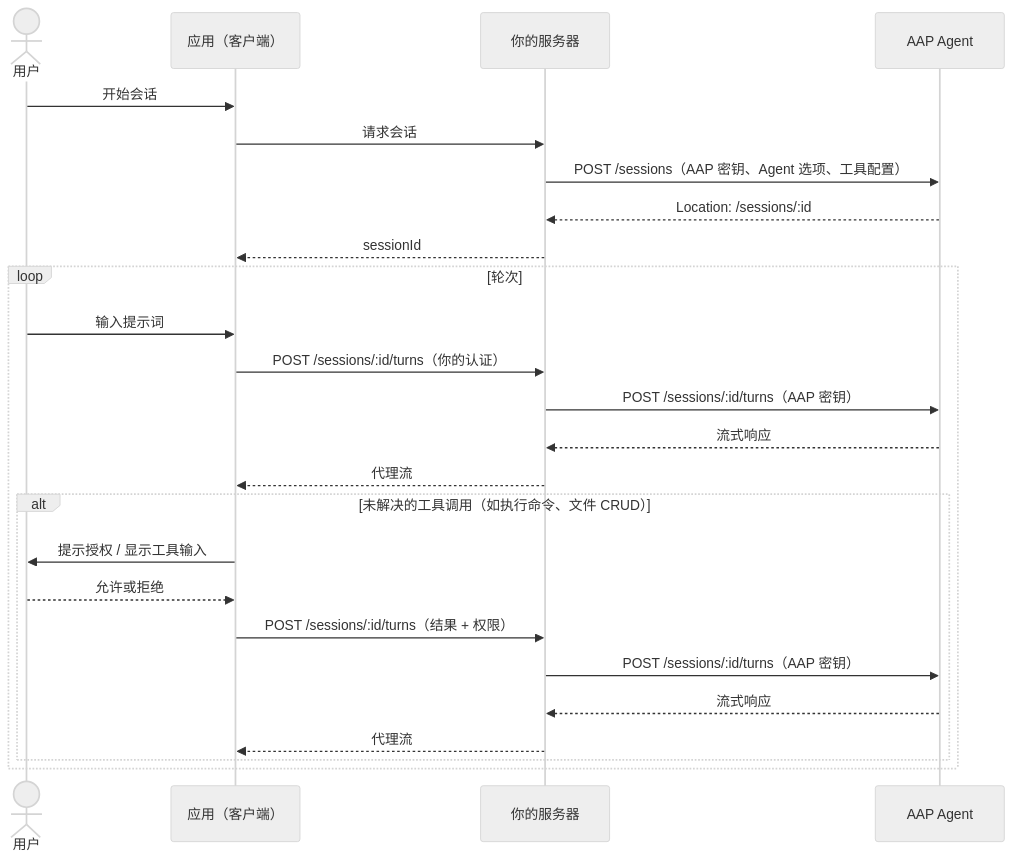
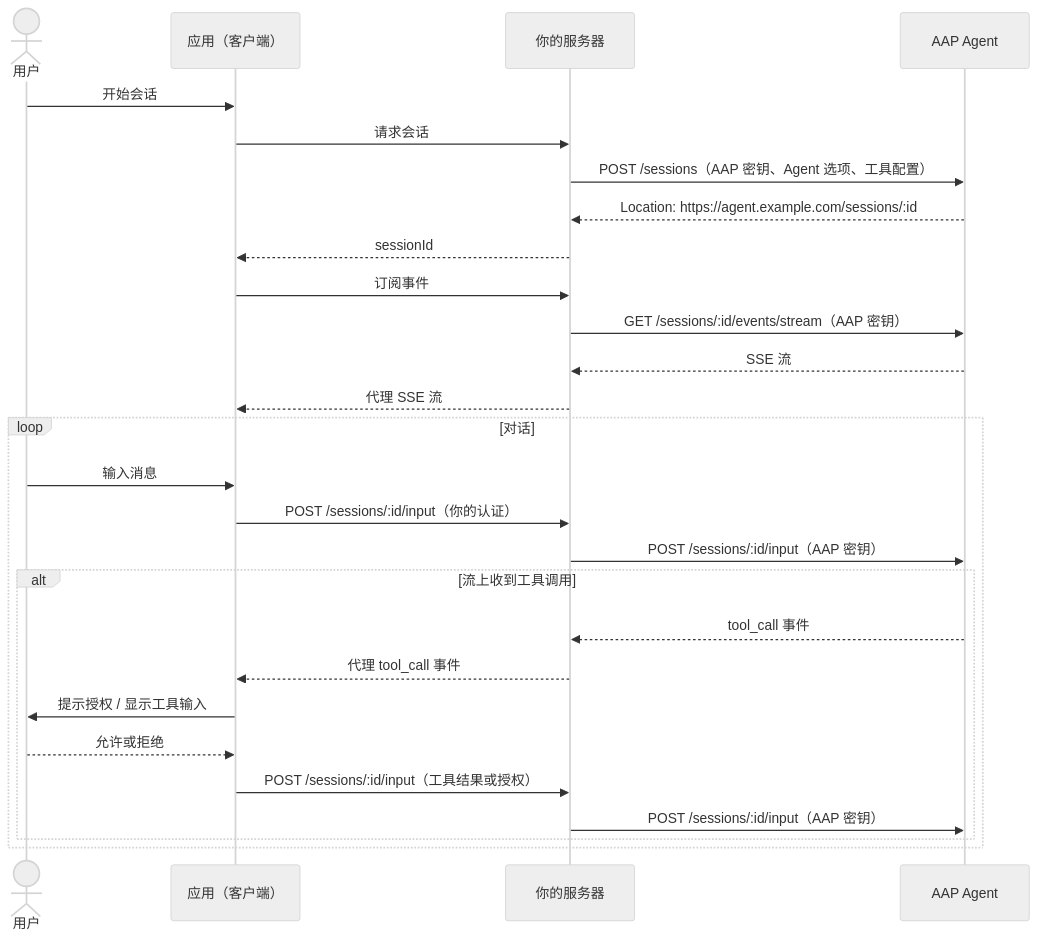
Before and after one commit to agentapplicationprotocol/agent-application-protocol: the diagram in docs/zh/build-a-managed-app.md, drawn with Mermaid (neutral theme). The commit also changed other lines of this file and 27 other files, not shown here.

````diff
--- a/docs/zh/build-a-managed-app.md
+++ b/docs/zh/build-a-managed-app.md
@@ -46,28 +47,33 @@
 ```mermaid
 sequenceDiagram
     actor User as 用户
     participant App as 应用（客户端）
     participant Server as 你的服务器
     participant Agent as AAP Agent
 
     User->>App: 开始会话
     App->>Server: 请求会话
     Server->>Agent: POST /sessions（AAP 密钥、Agent 选项、工具配置）
-    Agent-->>Server: Location: /sessions/:id
+    Agent-->>Server: Location: https://agent.example.com/sessions/:id
     Server-->>App: sessionId
-    loop 轮次
-        User->>App: 输入提示词
-        App->>Server: POST /sessions/:id/turns（你的认证）
-        Server->>Agent: POST /sessions/:id/turns（AAP 密钥）
-        Agent-->>Server: 流式响应
-        Server-->>App: 代理流
-        alt 未解决的工具调用（如执行命令、文件 CRUD）
+
+    App->>Server: 订阅事件
+    Server->>Agent: GET /sessions/:id/events/stream（AAP 密钥）
+    Agent-->>Server: SSE 流
+    Server-->>App: 代理 SSE 流
+
+    loop 对话
+        User->>App: 输入消息
+        App->>Server: POST /sessions/:id/input（你的认证）
+        Server->>Agent: POST /sessions/:id/input（AAP 密钥）
+
+        alt 流上收到工具调用
+            Agent-->>Server: tool_call 事件
+            Server-->>App: 代理 tool_call 事件
             App->>User: 提示授权 / 显示工具输入
             User-->>App: 允许或拒绝
-            App->>Server: POST /sessions/:id/turns（结果 + 权限）
-            Server->>Agent: POST /sessions/:id/turns（AAP 密钥）
-            Agent-->>Server: 流式响应
-            Server-->>App: 代理流
+            App->>Server: POST /sessions/:id/input（工具结果或授权）
+            Server->>Agent: POST /sessions/:id/input（AAP 密钥）
         end
     end
 ```
````
